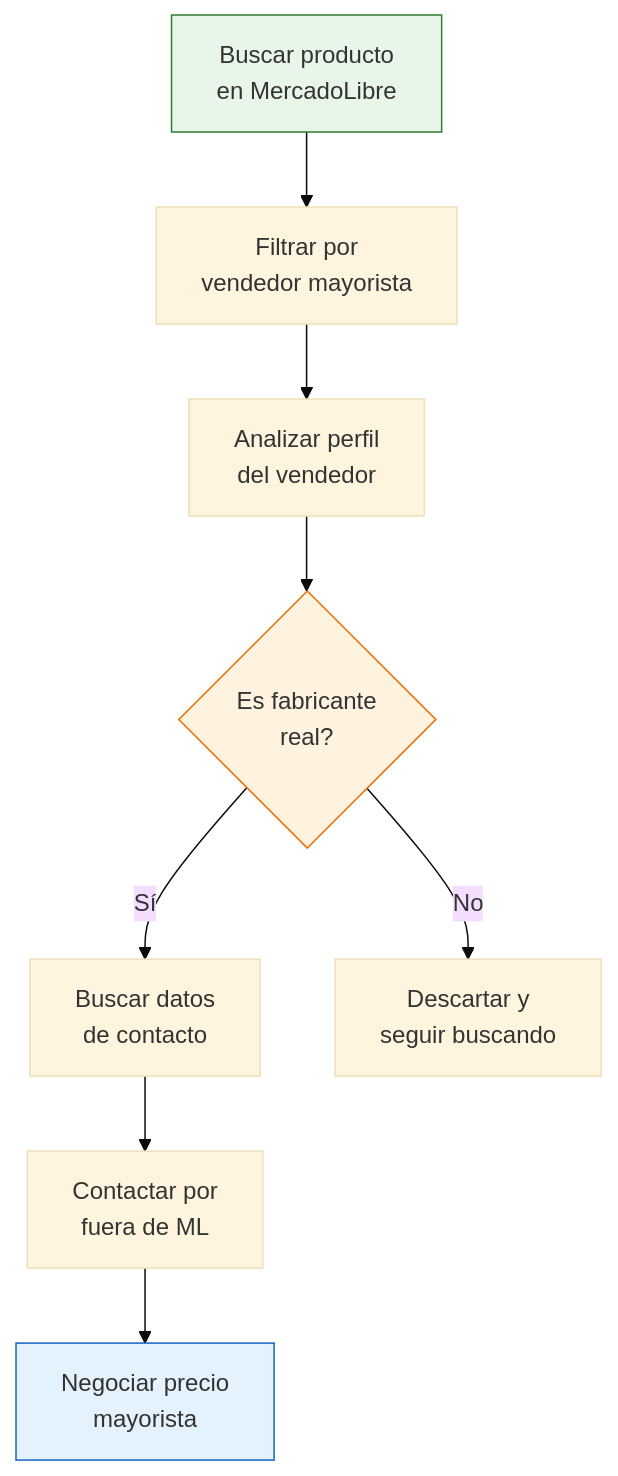
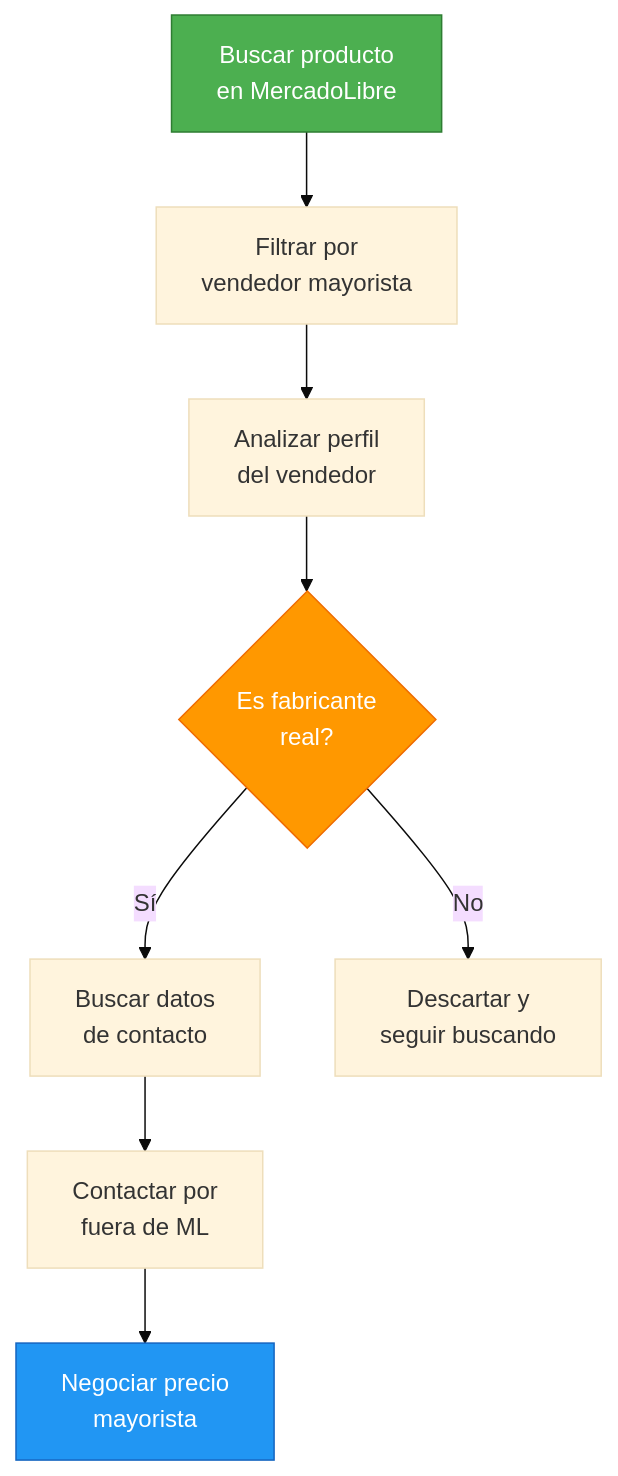
One commit to barrosignacioezequiel-coder/docs changed the diagram in app/paso1-argentina/encontrar-fabricas/mercadolibre-como-fuente.mdx. Above: the diagram before and after it, drawn with Mermaid (base theme). The commit also changed 66 other files, not shown here.

First line of the commit message:
fix: resolve Mermaid v11 numbered list errors + improve contrast

````diff
--- a/app/paso1-argentina/encontrar-fabricas/mercadolibre-como-fuente.mdx
+++ b/app/paso1-argentina/encontrar-fabricas/mercadolibre-como-fuente.mdx
@@ -25,14 +25,14 @@
 ```mermaid
 graph TD
     A["Buscar producto<br/>en MercadoLibre"] --> B["Filtrar por<br/>vendedor mayorista"]
     B --> C["Analizar perfil<br/>del vendedor"]
     C --> D{"Es fabricante<br/>real?"}
     D -->|Sí| E["Buscar datos<br/>de contacto"]
     D -->|No| F["Descartar y<br/>seguir buscando"]
     E --> G["Contactar por<br/>fuera de ML"]
     G --> H["Negociar precio<br/>mayorista"]
 
-    style A fill:#e8f5e9,stroke:#2e7d32
-    style D fill:#fff3e0,stroke:#ef6c00
-    style H fill:#e3f2fd,stroke:#1565c0
+    style A fill:#4caf50,stroke:#2e7d32,color:#fff
+    style D fill:#ff9800,stroke:#ef6c00,color:#fff
+    style H fill:#2196f3,stroke:#1565c0,color:#fff
 ```
````
